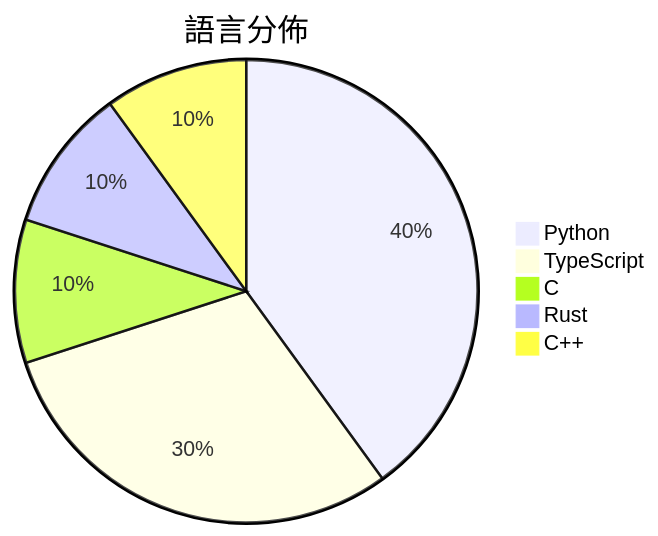
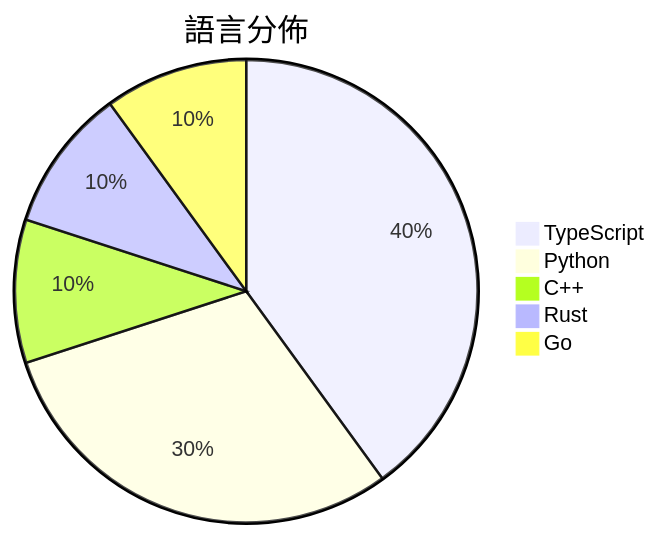
One commit to Lucasnocodo/github-trending-obsidian changed the diagram in Daily/2026-03-11.md. Above: the diagram before and after it, drawn with Mermaid. The commit also changed other lines of this file and 63 other files, not shown here.

````diff
--- a/Daily/2026-03-11.md
+++ b/Daily/2026-03-11.md
@@ -20,8 +20,8 @@
 ```mermaid
 pie title 語言分佈
-    "Python" : 4
-    "TypeScript" : 3
-    "C" : 1
+    "TypeScript" : 4
+    "Python" : 3
+    "C++" : 1
     "Rust" : 1
-    "C++" : 1
+    "Go" : 1
 ```
````
